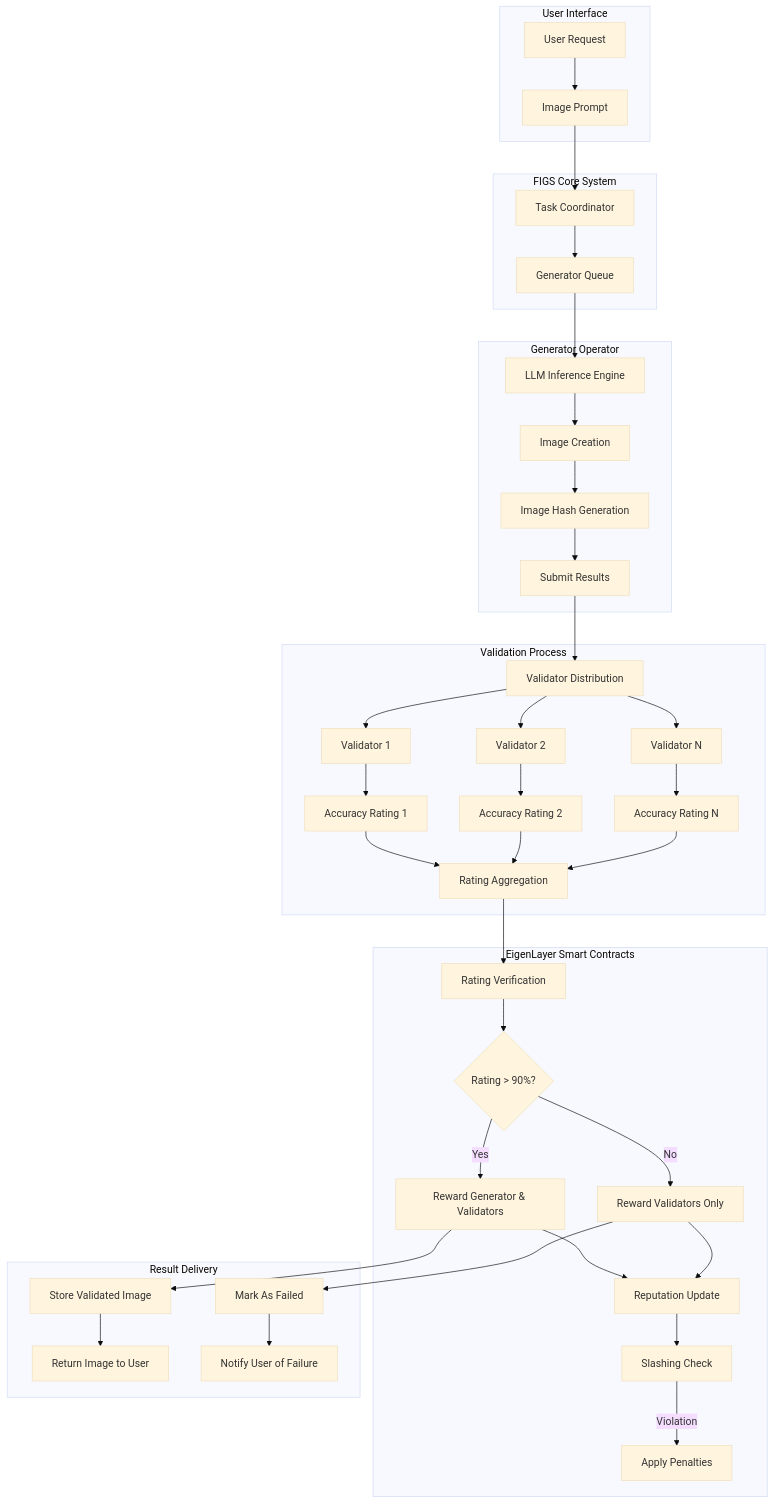
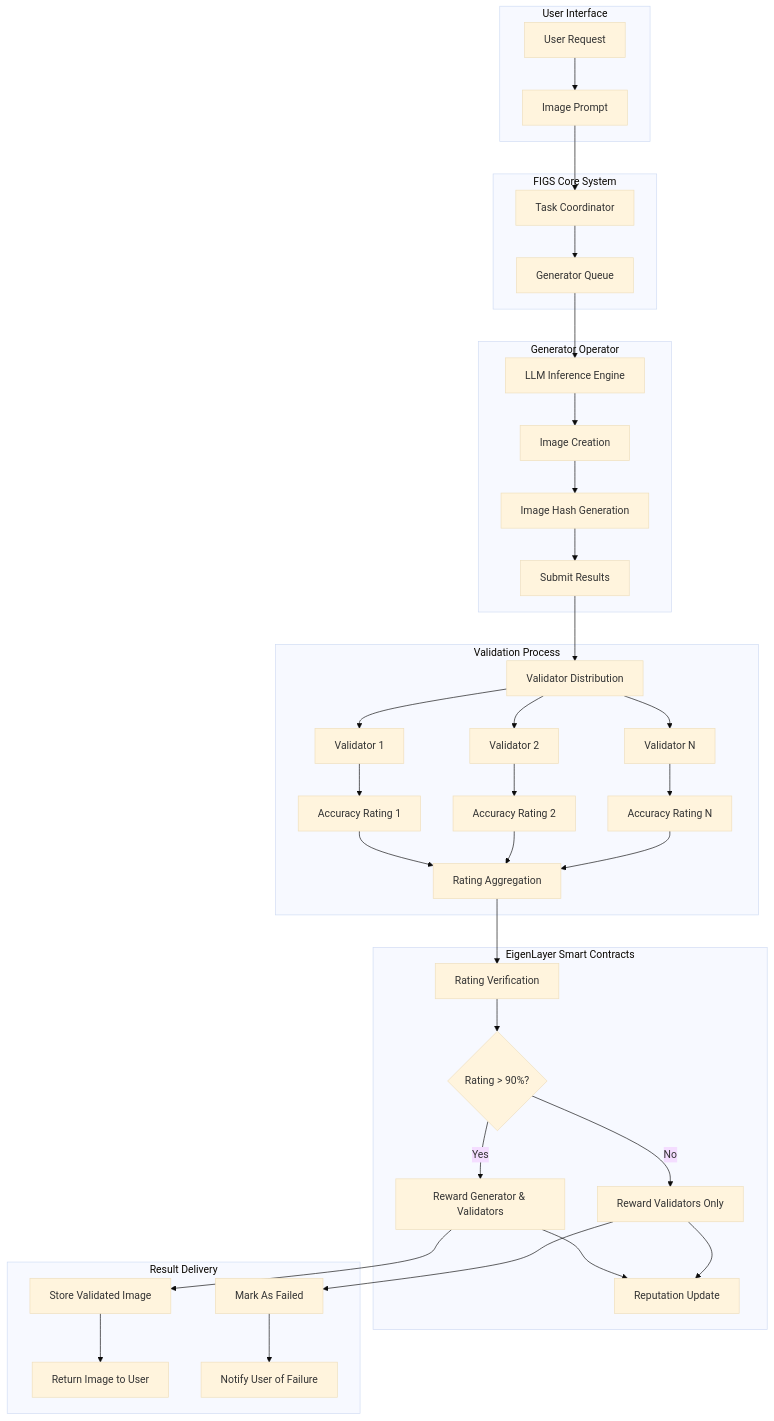
One commit to Layr-Labs/avs-vibe-developer-guide changed the diagram in test/figs/figs-design-tech-spec.md. Above: the diagram before and after it, drawn with Mermaid (base theme). The commit also changed other lines of this file and 6 other files, not shown here.

````diff
--- a/test/figs/figs-design-tech-spec.md
+++ b/test/figs/figs-design-tech-spec.md
@@ -160,53 +144,52 @@
 ```mermaid
 flowchart TD
     subgraph User["User Interface"]
         A[User Request] --> B[Image Prompt]
     end
     
     subgraph FIGS_Core["FIGS Core System"]
         B --> C[Task Coordinator]
         C --> D[Generator Queue]
     end
     
     subgraph Generator["Generator Operator"]
         D --> E[LLM Inference Engine]
         E --> F[Image Creation]
         F --> G[Image Hash Generation]
         G --> H[Submit Results]
     end
     
     subgraph Validation["Validation Process"]
         H --> I[Validator Distribution]
         I --> J1[Validator 1]
         I --> J2[Validator 2]
         I --> J3[Validator N]
         
         J1 --> K1[Accuracy Rating 1]
         J2 --> K2[Accuracy Rating 2]
         J3 --> K3[Accuracy Rating N]
         
         K1 --> L[Rating Aggregation]
         K2 --> L
         K3 --> L
     end
     
     subgraph SmartContracts["EigenLayer Smart Contracts"]
         L --> M[Rating Verification]
         M --> N{Rating > 90%?}
         N -->|Yes| O1[Reward Generator & Validators]
         N -->|No| O2[Reward Validators Only]
         
         O1 --> P[Reputation Update]
         O2 --> P
         
-        P --> Q[Slashing Check]
-        Q -->|Violation| R[Apply Penalties]
+
     end
     
     subgraph Results["Result Delivery"]
         O1 --> S1[Store Validated Image]
         O2 --> S2[Mark As Failed]
         S1 --> T[Return Image to User]
         S2 --> U[Notify User of Failure]
     end
 ```
````
